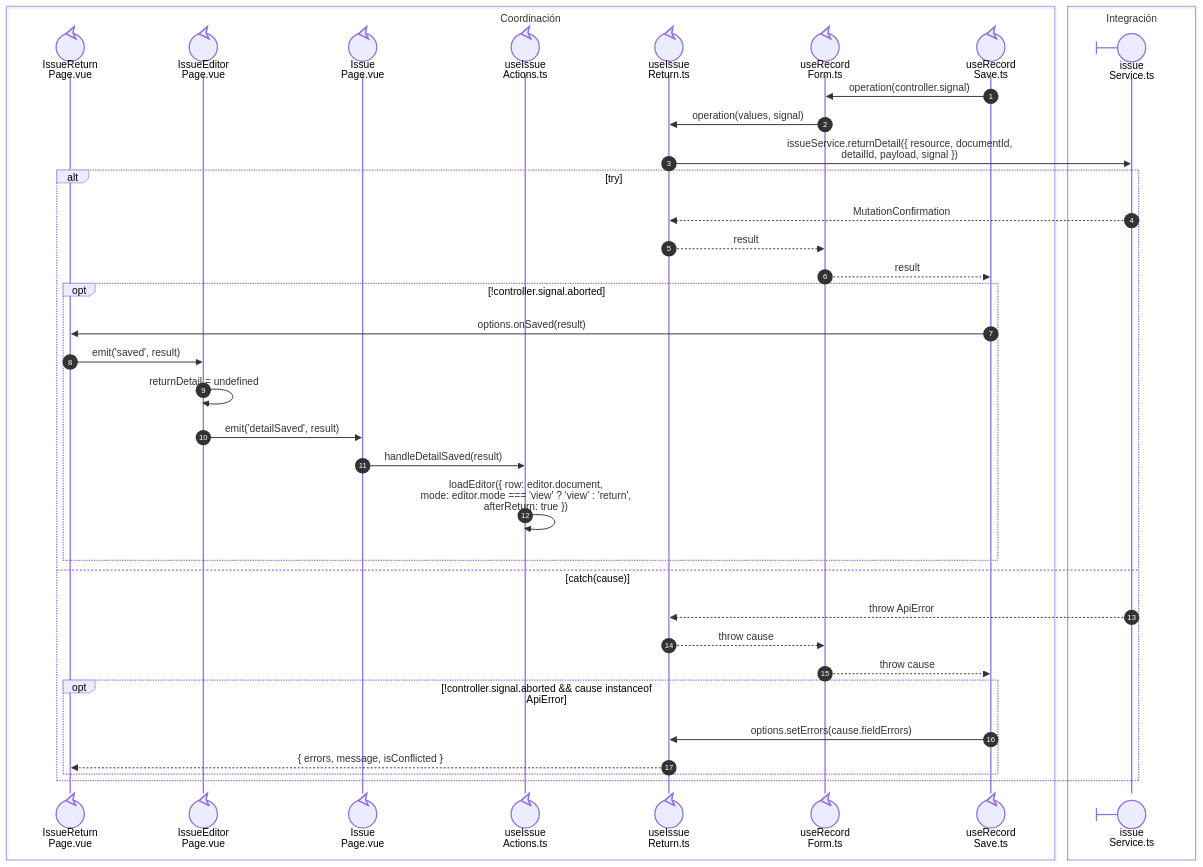
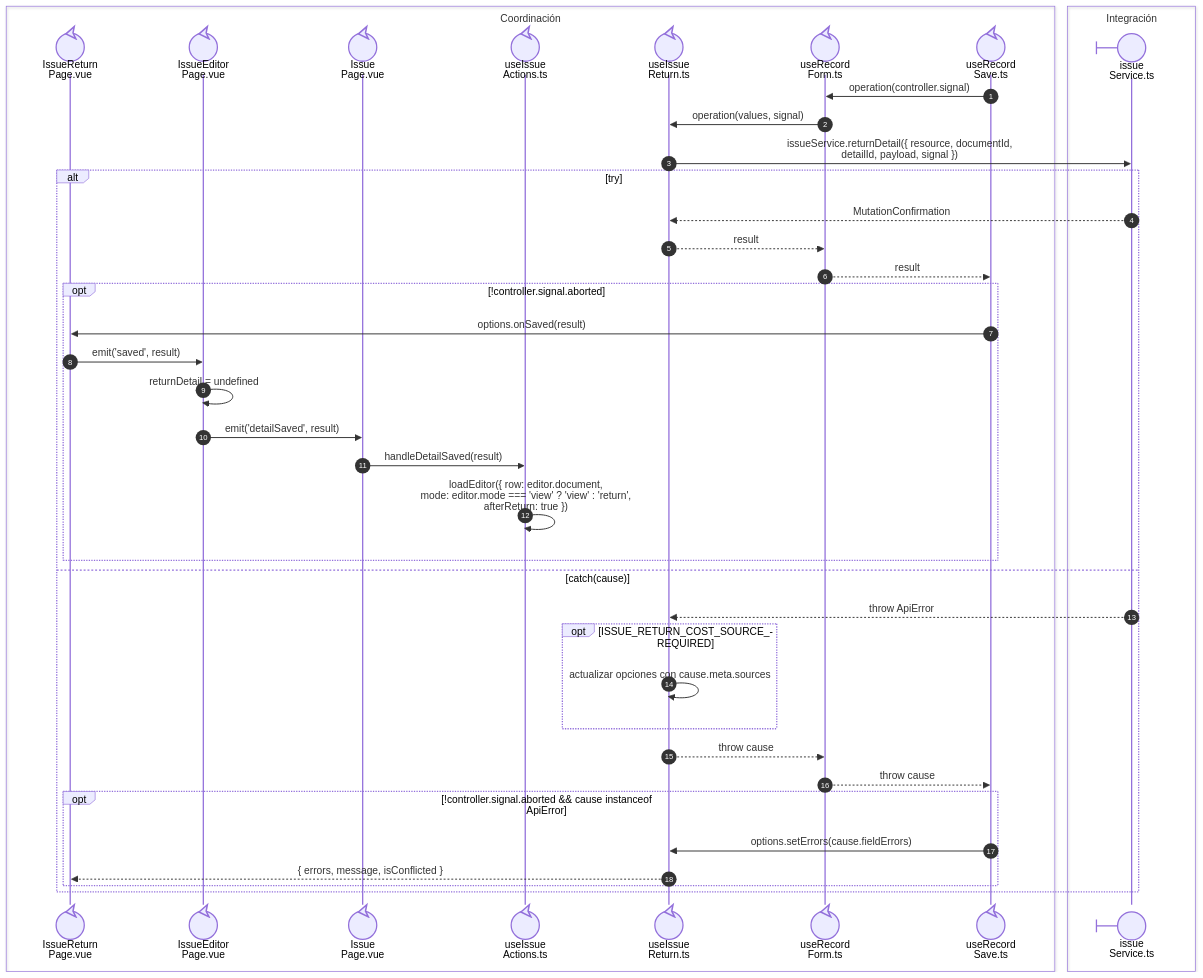
Before and after one commit to gpgsistemas01/nexus: the second of 2 diagrams in front/docs/architecture/views/processes/07-issues/03-issue-return.md, drawn with Mermaid. The commit also changed other lines of this file and 68 other files, not shown here.

````diff
--- a/front/docs/architecture/views/processes/07-issues/03-issue-return.md
+++ b/front/docs/architecture/views/processes/07-issues/03-issue-return.md
@@ -41,40 +41,43 @@
 ```mermaid
 sequenceDiagram
     autonumber
     box Coordinación
     participant Page@{ "type": "control" } as IssueReturn<br/>Page.vue
     participant Parent@{ "type": "control" } as IssueEditor<br/>Page.vue
     participant Screen@{ "type": "control" } as Issue<br/>Page.vue
     participant Actions@{ "type": "control" } as useIssue<br/>Actions.ts
     participant Return@{ "type": "control" } as useIssue<br/>Return.ts
     participant Record@{ "type": "control" } as useRecord<br/>Form.ts
     participant Save@{ "type": "control" } as useRecord<br/>Save.ts
     end
     box Integración
     participant Service@{ "type": "boundary" } as issue<br/>Service.ts
     end
     Save->>Record: nowrap: operation(controller.signal)
     Record->>Return: nowrap: operation(values, signal)
     Return->>Service: nowrap: issueService.returnDetail({ resource, documentId,<br/>detailId, payload, signal })
     alt nowrap: try
         Service-->>Return: nowrap: MutationConfirmation
         Return-->>Record: nowrap: result
         Record-->>Save: nowrap: result
         opt nowrap: !controller.signal.aborted
             Save->>Page: nowrap: options.onSaved(result)
             Page->>Parent: nowrap: emit('saved', result)
             Parent->>Parent: nowrap: returnDetail = undefined
             Parent->>Screen: nowrap: emit('detailSaved', result)
             Screen->>Actions: nowrap: handleDetailSaved(result)
             Actions->>Actions: nowrap: loadEditor({ row: editor.document,<br/>mode: editor.mode === 'view' ? 'view' : 'return',<br/>afterReturn: true })
         end
     else nowrap: catch(cause)
         Service-->>Return: nowrap: throw ApiError
+        opt nowrap: ISSUE_RETURN_COST_SOURCE_REQUIRED
+            Return->>Return: nowrap: actualizar opciones con cause.meta.sources
+        end
         Return-->>Record: nowrap: throw cause
         Record-->>Save: nowrap: throw cause
         opt nowrap: !controller.signal.aborted && cause instanceof<br/>ApiError
             Save->>Return: nowrap: options.setErrors(cause.fieldErrors)
             Return-->>Page: nowrap: { errors, message, isConflicted }
         end
     end
 ```
````
